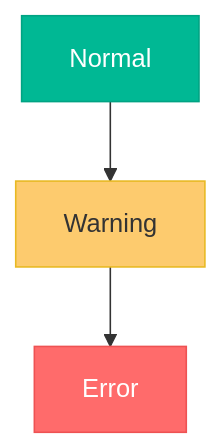
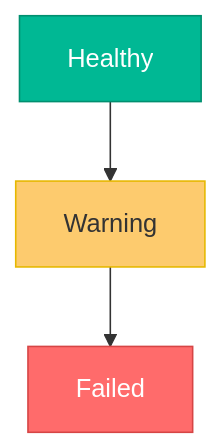
The third of 4 diagrams in resources/skills/tools/mermaid-diagrams/references/advanced-features.md (basidiocarp/lamella), drawn with Mermaid before and after one commit. The commit also changed other lines of this file and 1251 other files, not shown here.

````diff
--- a/resources/skills/tools/mermaid-diagrams/references/advanced-features.md
+++ b/resources/skills/tools/mermaid-diagrams/references/advanced-features.md
@@ -171,12 +52,8 @@
 ```mermaid
 flowchart TD
-    A[Normal]:::success
-    B[Warning]:::warning
-    C[Error]:::error
-    
-    classDef success fill:#00b894,stroke:#00a383,color:#fff
-    classDef warning fill:#fdcb6e,stroke:#e8b923,color:#333
-    classDef error fill:#ff6b6b,stroke:#ee5253,color:#fff
-    
-    A --> B --> C
+  A[Healthy]:::success --> B[Warning]:::warning --> C[Failed]:::error
+
+  classDef success fill:#00b894,stroke:#008f6f,color:#fff
+  classDef warning fill:#fdcb6e,stroke:#e6b800,color:#333
+  classDef error fill:#ff6b6b,stroke:#d64545,color:#fff
 ```
````
